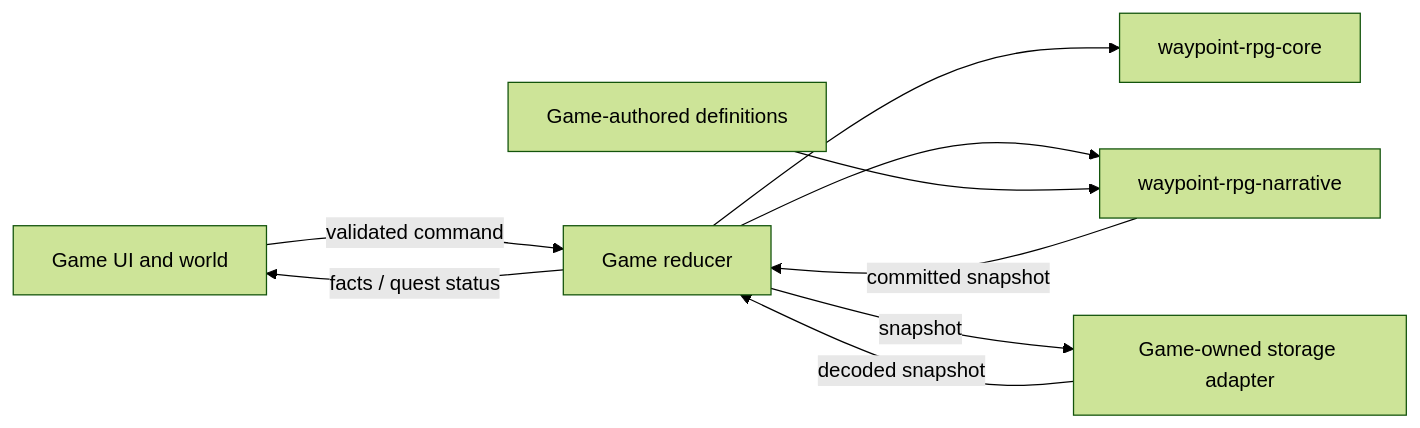
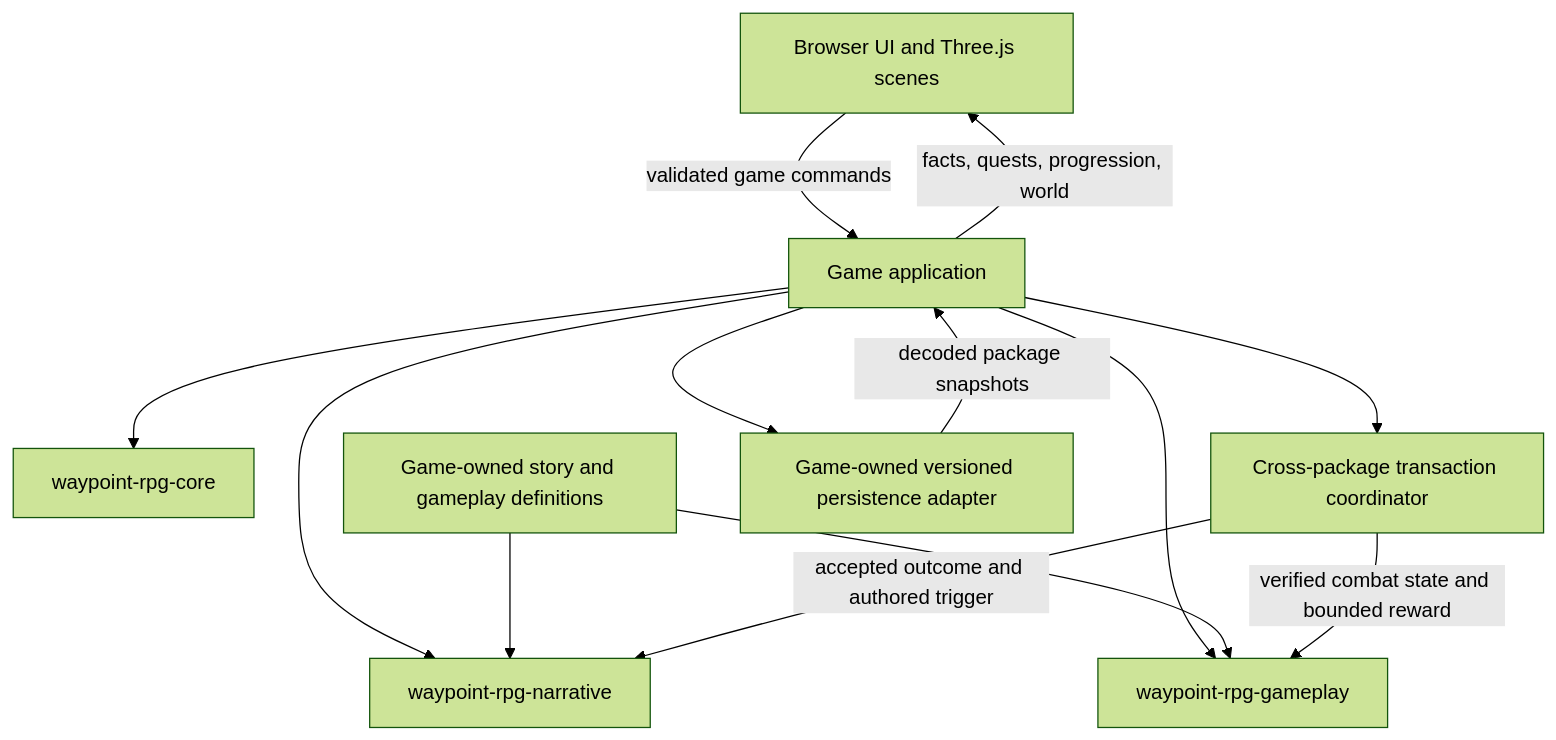
Before and after one commit to alipilechiha/game-kids-turn-based-rpg: the diagram in docs/CREATING-A-SAMPLE-GAME.md, drawn with Mermaid (forest theme). The commit also changed other lines of this file and 34 other files, not shown here.

````diff
--- a/docs/CREATING-A-SAMPLE-GAME.md
+++ b/docs/CREATING-A-SAMPLE-GAME.md
@@ -15,11 +16,15 @@
 ```mermaid
-flowchart LR
-  G[Game UI and world] -->|validated command| R[Game reducer]
-  R --> C[waypoint-rpg-core]
-  R --> N[waypoint-rpg-narrative]
-  A[Game-authored definitions] --> N
-  N -->|committed snapshot| R
-  R -->|facts / quest status| G
-  R -->|snapshot| S[Game-owned storage adapter]
-  S -->|decoded snapshot| R
+flowchart TD
+  UI[Browser UI and Three.js scenes] -->|validated game commands| G[Game application]
+  G --> C[waypoint-rpg-core]
+  G --> N[waypoint-rpg-narrative]
+  G --> P[waypoint-rpg-gameplay]
+  A[Game-owned story and gameplay definitions] --> N
+  A --> P
+  G --> X[Cross-package transaction coordinator]
+  X -->|accepted outcome and authored trigger| N
+  X -->|verified combat state and bounded reward| P
+  G -->|facts, quests, progression, world| UI
+  G --> S[Game-owned versioned persistence adapter]
+  S -->|decoded package snapshots| G
 ```
````
